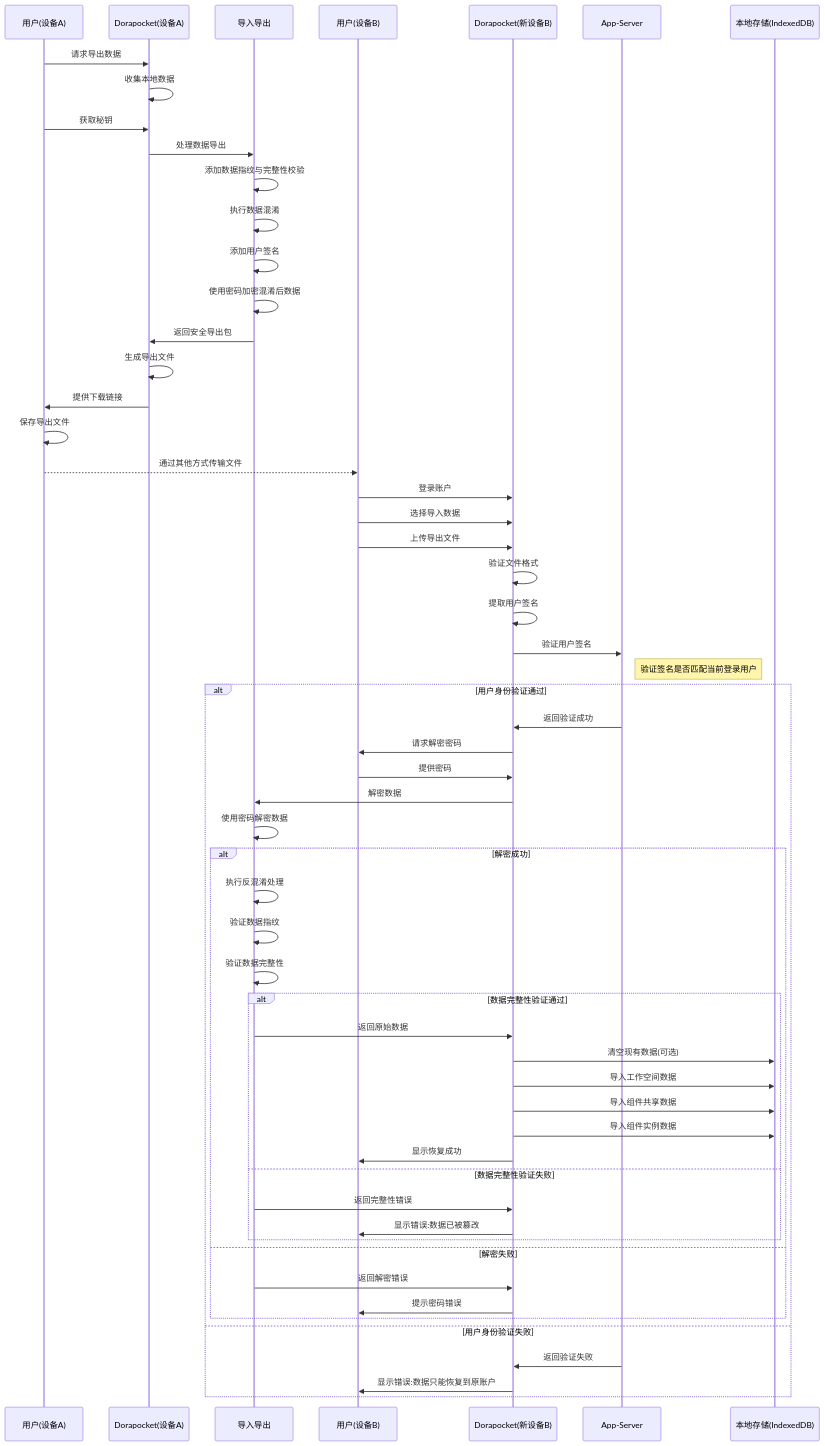
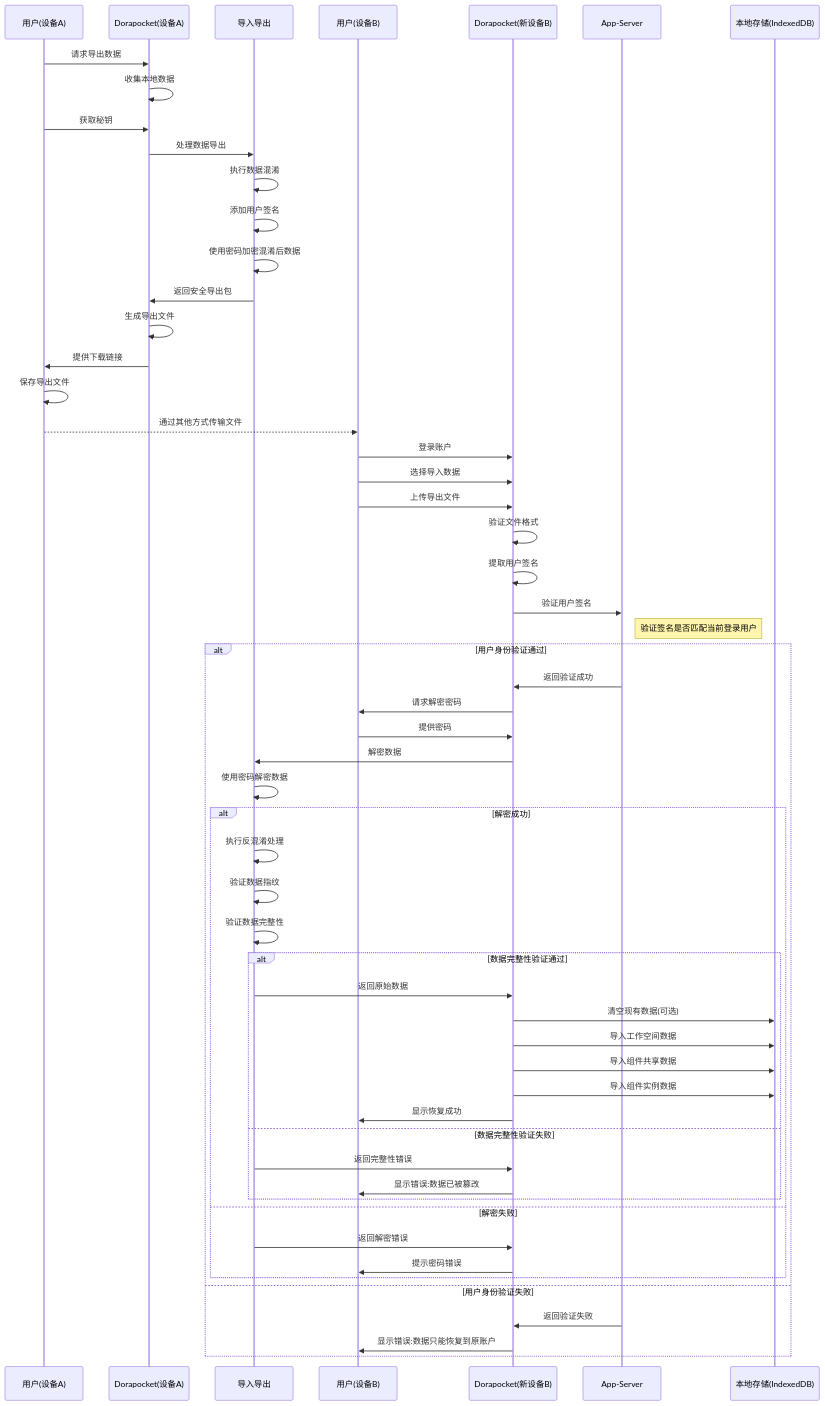
One commit to yingjianzh/iodraw-files changed the diagram in all/未命名-34.md. Above: the diagram before and after it, drawn with Mermaid.

Commit message:
2025-04-17 16:48:19 update

````diff
--- a/all/未命名-34.md
+++ b/all/未命名-34.md
@@ -1,73 +1,72 @@
 ```mermaid
 sequenceDiagram
     participant UserOld as 用户(设备A)
     participant AppOld as Dorapocket(设备A)
     participant Security as 导入导出
     participant UserNew as 用户(设备B)
     participant AppNew as Dorapocket(新设备B)
     participant AppServer as App-Server
     participant LocalDB as 本地存储(IndexedDB)
     
     %% 导出流程
     UserOld->>AppOld: 请求导出数据
     AppOld->>AppOld: 收集本地数据
     UserOld->>AppOld: 获取秘钥
     
     AppOld->>Security: 处理数据导出
-    Security->>Security: 添加数据指纹与完整性校验
     Security->>Security: 执行数据混淆
     Security->>Security: 添加用户签名
     Security->>Security: 使用密码加密混淆后数据
     Security->>AppOld: 返回安全导出包
     
     AppOld->>AppOld: 生成导出文件
     AppOld->>UserOld: 提供下载链接
     UserOld->>UserOld: 保存导出文件
     
     %% 传输文件(由用户完成)
     UserOld-->>UserNew: 通过其他方式传输文件
     
     %% 恢复流程
     UserNew->>AppNew: 登录账户
     UserNew->>AppNew: 选择导入数据
     UserNew->>AppNew: 上传导出文件
     
     AppNew->>AppNew: 验证文件格式
     AppNew->>AppNew: 提取用户签名
     
     AppNew->>AppServer: 验证用户签名
     note right of AppServer: 验证签名是否匹配当前登录用户
     
     alt 用户身份验证通过
         AppServer->>AppNew: 返回验证成功
         AppNew->>UserNew: 请求解密密码
         UserNew->>AppNew: 提供密码
         
         AppNew->>Security: 解密数据
         Security->>Security: 使用密码解密数据
         
         alt 解密成功
             Security->>Security: 执行反混淆处理
             Security->>Security: 验证数据指纹
             Security->>Security: 验证数据完整性
             
             alt 数据完整性验证通过
                 Security->>AppNew: 返回原始数据
                 AppNew->>LocalDB: 清空现有数据(可选)
                 AppNew->>LocalDB: 导入工作空间数据
                 AppNew->>LocalDB: 导入组件共享数据
                 AppNew->>LocalDB: 导入组件实例数据
                 AppNew->>UserNew: 显示恢复成功
             else 数据完整性验证失败
                 Security->>AppNew: 返回完整性错误
                 AppNew->>UserNew: 显示错误:数据已被篡改
             end
         else 解密失败
             Security->>AppNew: 返回解密错误
             AppNew->>UserNew: 提示密码错误
         end
     else 用户身份验证失败
         AppServer->>AppNew: 返回验证失败
         AppNew->>UserNew: 显示错误:数据只能恢复到原账户
     end
 ```
````
